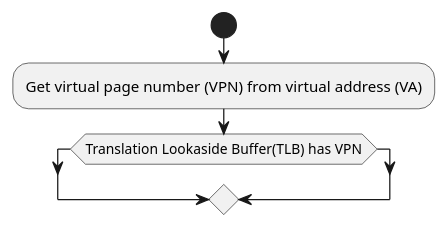
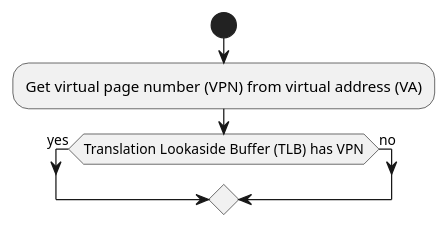
Before and after one commit to ashwinreddy/wiki: the second of 2 diagrams in Computer-Science/Translation lookaside buffer.md, drawn with PlantUML.

Commit message:
Updated Translation lookaside buffer.md (markdown)

```diff
--- a/Computer-Science/Translation lookaside buffer.md
+++ b/Computer-Science/Translation lookaside buffer.md
@@ -24,6 +24,7 @@
 @startuml
 start
 :Get virtual page number (VPN) from virtual address (VA);
-if (Translation Lookaside Buffer(TLB) has VPN)
+if (Translation Lookaside Buffer (TLB) has VPN) then (yes)
+else (no)
 endif
 @enduml
```
